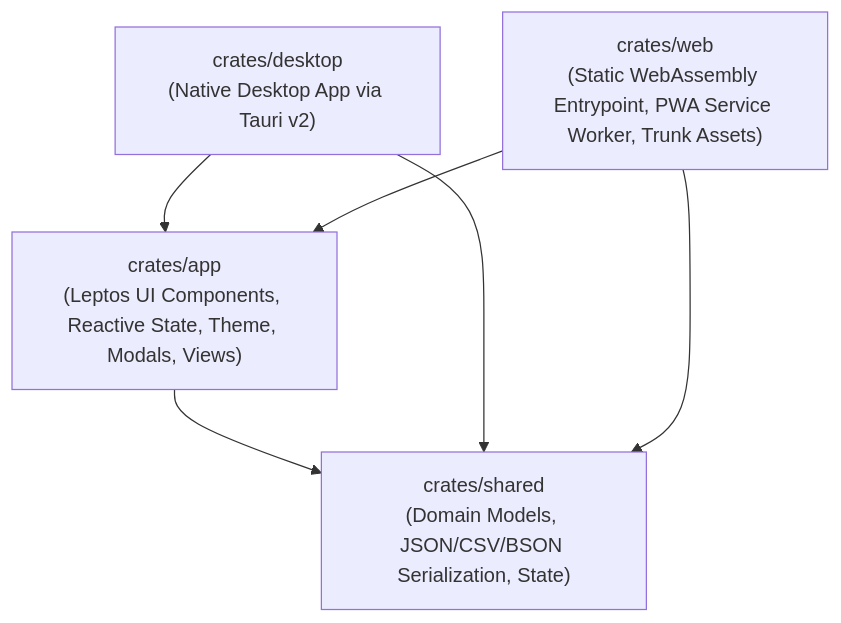
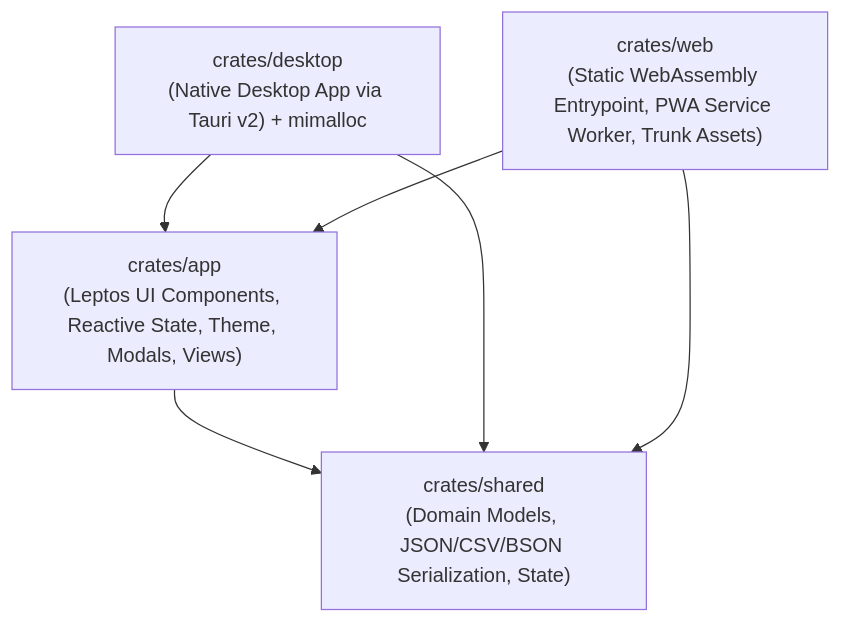
Before and after one commit to Spodeian/efficient-leptos-template: the diagram in README.md, drawn with Mermaid. The commit also changed 1 other file, not shown here.

Commit message:
Audit templates: Update Tauri identifier and document mimalloc features

````diff
--- a/README.md
+++ b/README.md
@@ -21,13 +21,13 @@
 ```mermaid
 graph TD
     Shared["crates/shared<br/>(Domain Models, JSON/CSV/BSON Serialization, State)"]
     App["crates/app<br/>(Leptos UI Components, Reactive State, Theme, Modals, Views)"]
-    Desktop["crates/desktop<br/>(Native Desktop App via Tauri v2)"]
+    Desktop["crates/desktop<br/>(Native Desktop App via Tauri v2) + mimalloc"]
     Web["crates/web<br/>(Static WebAssembly Entrypoint, PWA Service Worker, Trunk Assets)"]
 
     App --> Shared
     Desktop --> App
     Desktop --> Shared
     Web --> App
     Web --> Shared
 ```
````
